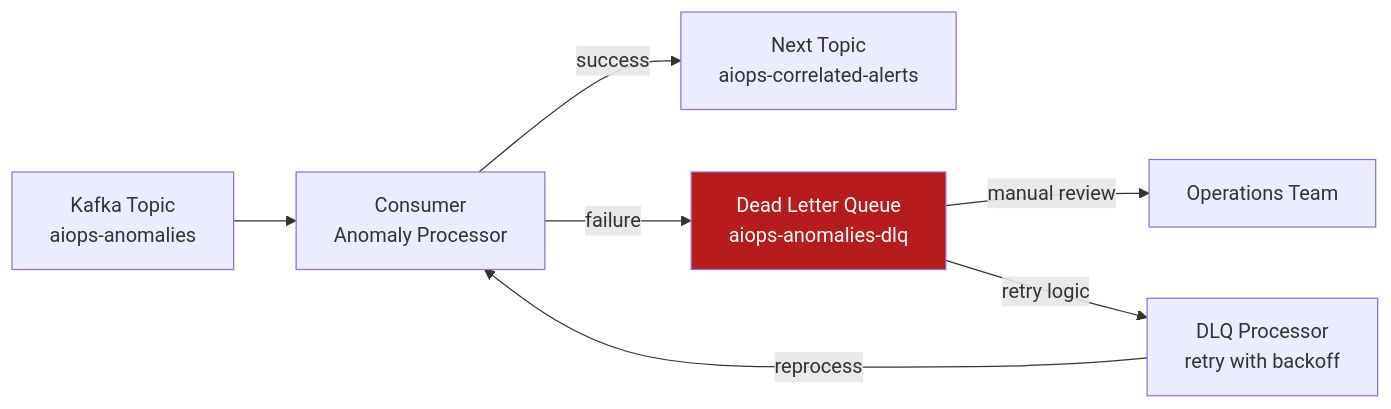
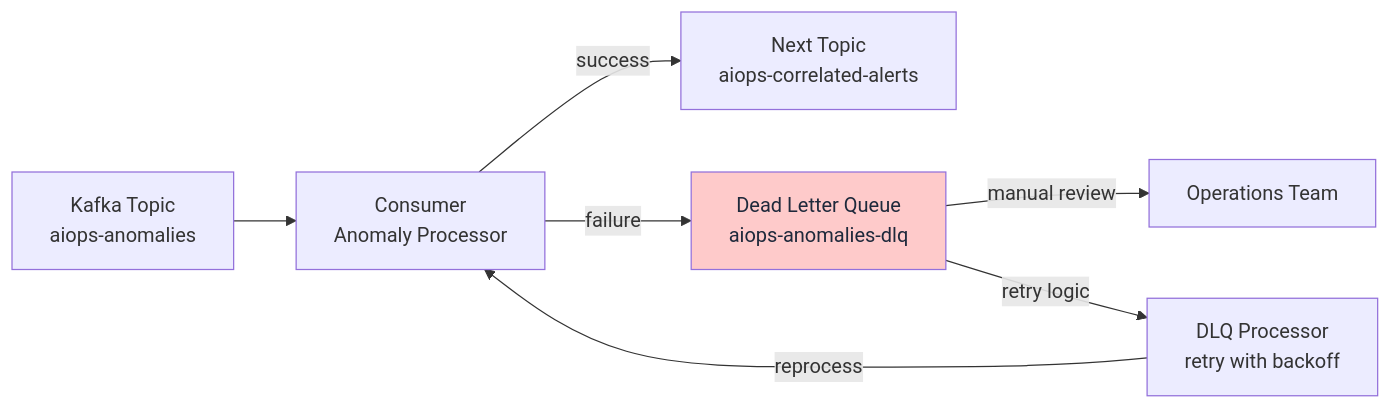
The seventh of 10 diagrams in docs/en/07-kafka/README.md (XUanhoa04/aiops-engineering-handbook), drawn with Mermaid before and after one commit. The commit also changed other lines of this file and 39 other files, not shown here.

First line of the commit message:
docs: concept-first Ch.08-12, collapse code, soft Mermaid colors

````diff
--- a/docs/en/07-kafka/README.md
+++ b/docs/en/07-kafka/README.md
@@ -770,11 +770,11 @@
 ```mermaid
 graph LR
     KAFKA[Kafka Topic\naiops-anomalies] --> CONS[Consumer\nAnomaly Processor]
     CONS -->|success| NEXT[Next Topic\naiops-correlated-alerts]
     CONS -->|failure| DLQ[Dead Letter Queue\naiops-anomalies-dlq]
     DLQ -->|manual review| OPS[Operations Team]
     DLQ -->|retry logic| RETRY[DLQ Processor\nretry with backoff]
     RETRY -->|reprocess| CONS
 
-    style DLQ fill:#b71c1c,color:#fff
+    style DLQ fill:#fecaca,color:#1e293b
 ```
````
